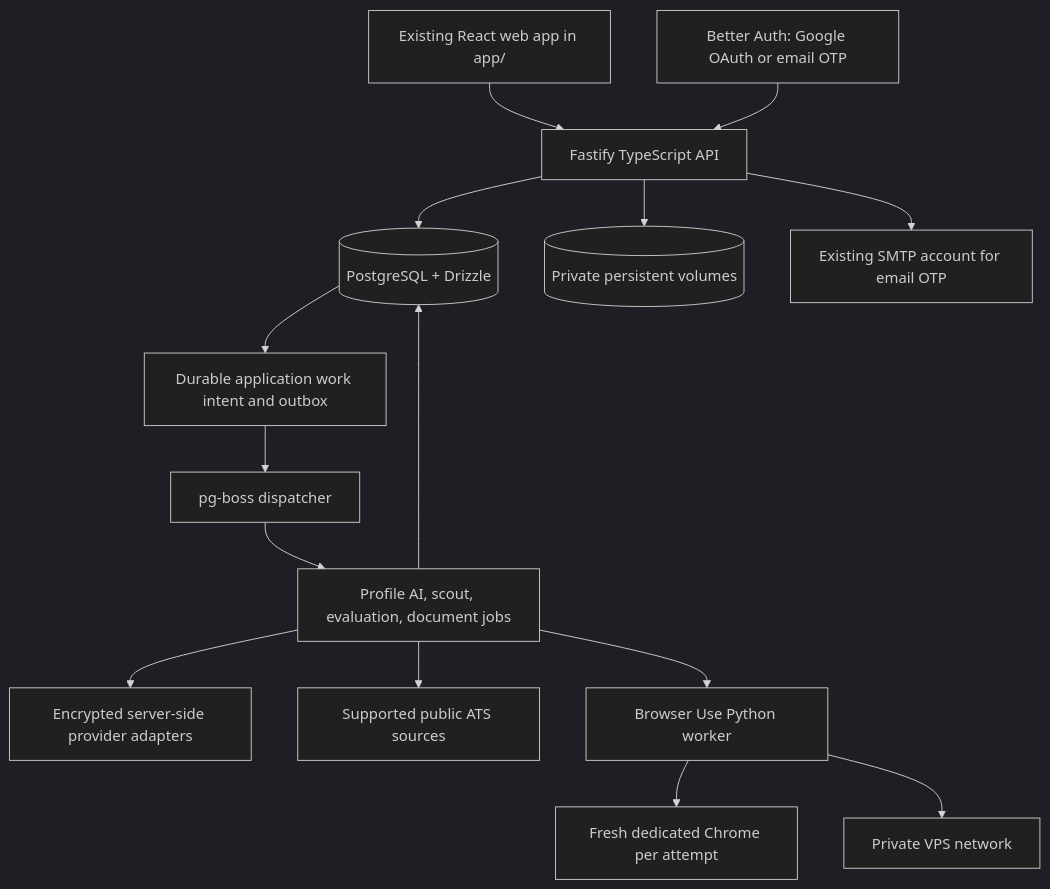
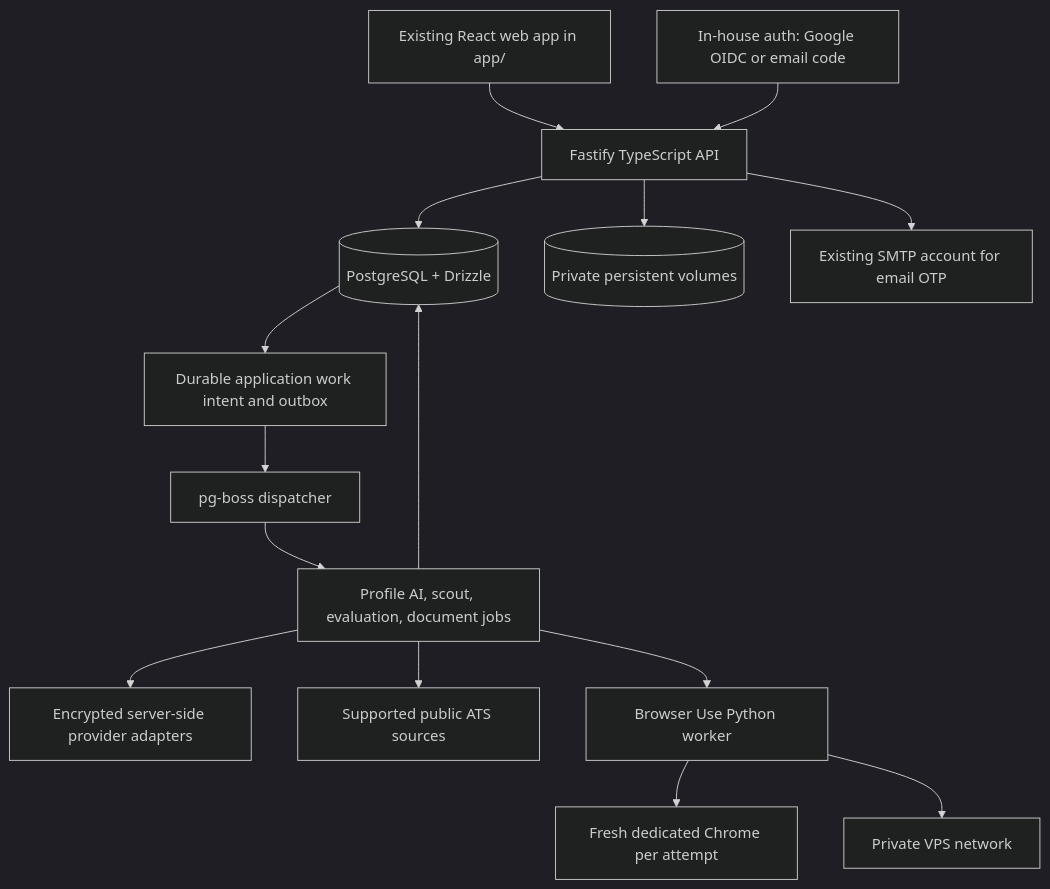
The diagram in docs/architecture/overview.md (rafaeelricco/job-kit), drawn with Mermaid (dark theme) before and after one commit. The commit also changed other lines of this file and 97 other files, not shown here.

First line of the commit message:
Replace password sign-in with email codes and Google (#149)

````diff
--- a/docs/architecture/overview.md
+++ b/docs/architecture/overview.md
@@ -11,17 +11,17 @@
 ```mermaid
 flowchart TD
     UI[Existing React web app in app/] --> API[Fastify TypeScript API]
-    Auth[Better Auth: Google OAuth or email OTP] --> API
+    Auth[In-house auth: Google OIDC or email code] --> API
     API --> DB[(PostgreSQL + Drizzle)]
     DB --> Intent[Durable application work intent and outbox]
     Intent --> Dispatch[pg-boss dispatcher]
     Dispatch --> Jobs[Profile AI, scout, evaluation, document jobs]
     Jobs --> Providers[Encrypted server-side provider adapters]
     Jobs --> Public[Supported public ATS sources]
     Jobs --> Browser[Browser Use Python worker]
     Browser --> Chrome[Fresh dedicated Chrome per attempt]
     Browser --> VPS[Private VPS network]
     Jobs --> DB
     API --> PrivateFiles[(Private persistent volumes)]
     API --> SMTP[Existing SMTP account for email OTP]
 ```
````
